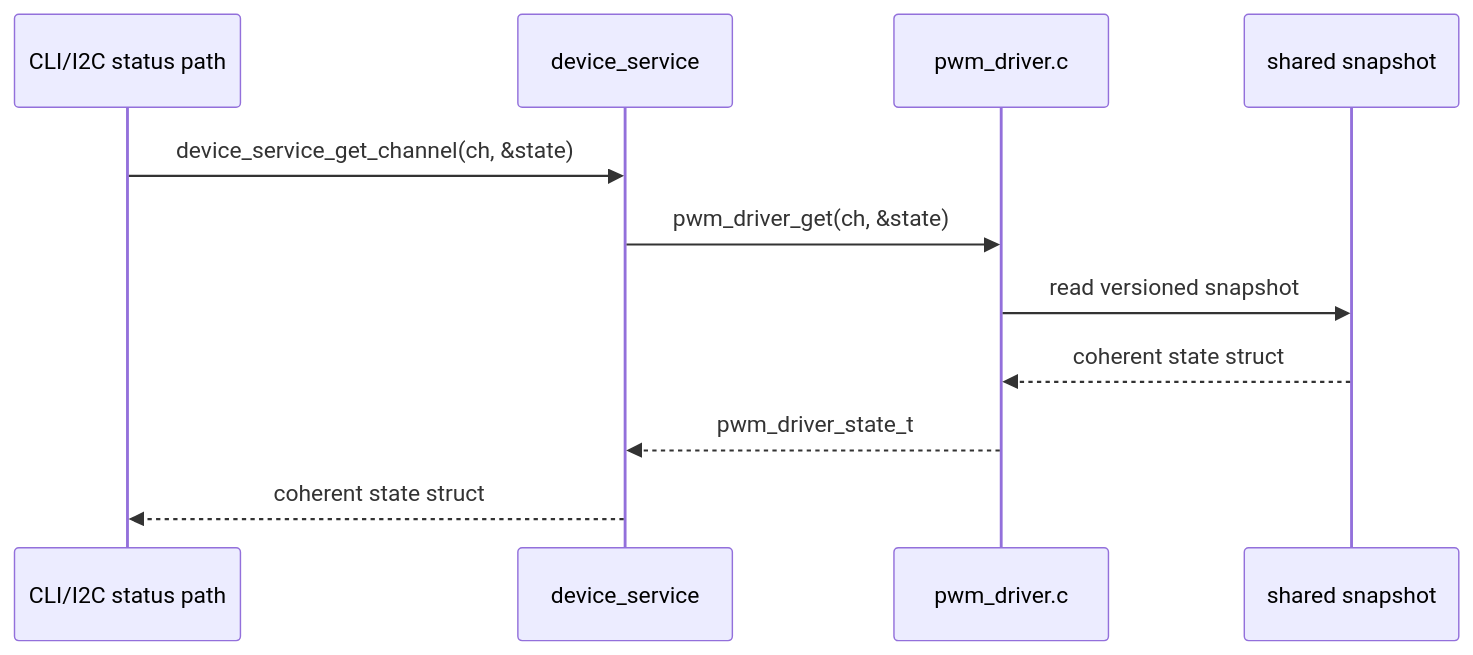
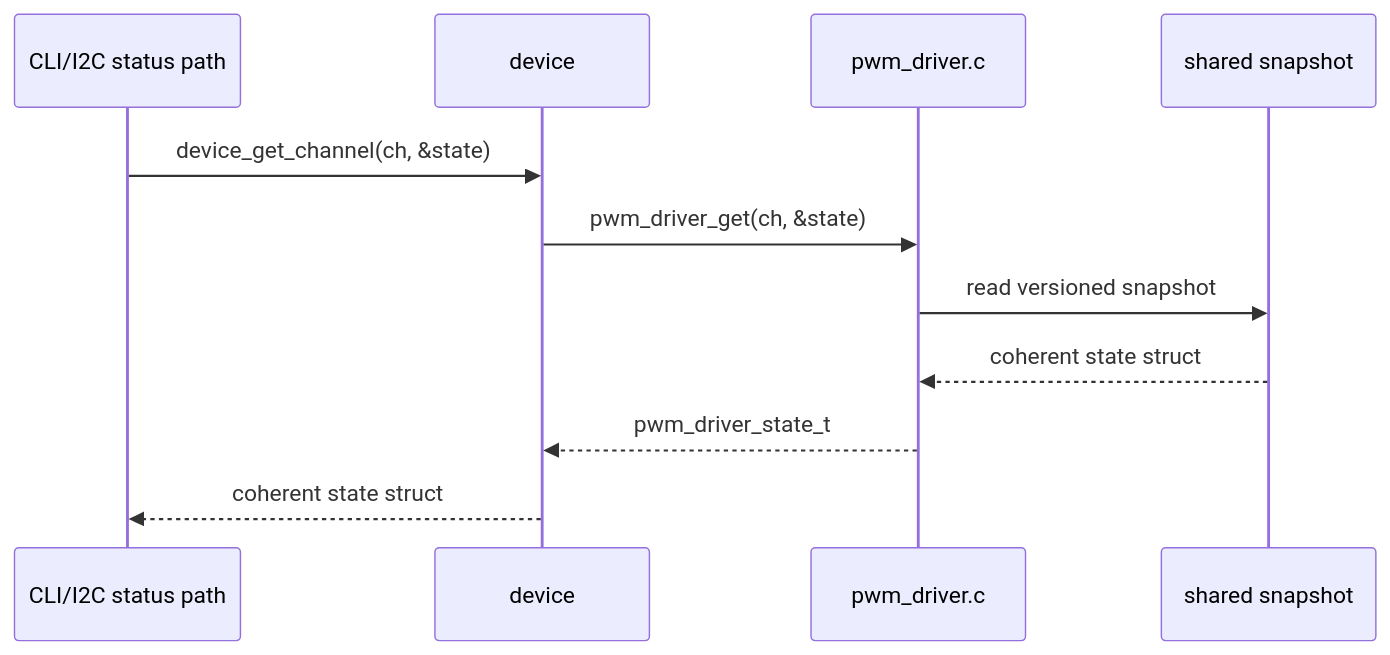
One commit to djwinter29-oss/PicoPWM changed the seventh of 7 diagrams in docs/design/pwm_driver_design.md. Above: the diagram before and after it, drawn with Mermaid. The commit also changed other lines of this file and 43 other files, not shown here.

````diff
--- a/docs/design/pwm_driver_design.md
+++ b/docs/design/pwm_driver_design.md
@@ -361,14 +358,14 @@
 ```mermaid
 sequenceDiagram
     participant UI as CLI/I2C status path
-    participant CTL as device_service
+    participant CTL as device
     participant WR as pwm_driver.c
     participant SS as shared snapshot
 
-    UI->>CTL: device_service_get_channel(ch, &state)
+    UI->>CTL: device_get_channel(ch, &state)
     CTL->>WR: pwm_driver_get(ch, &state)
     WR->>SS: read versioned snapshot
     SS-->>WR: coherent state struct
     WR-->>CTL: pwm_driver_state_t
     CTL-->>UI: coherent state struct
 ```
````
